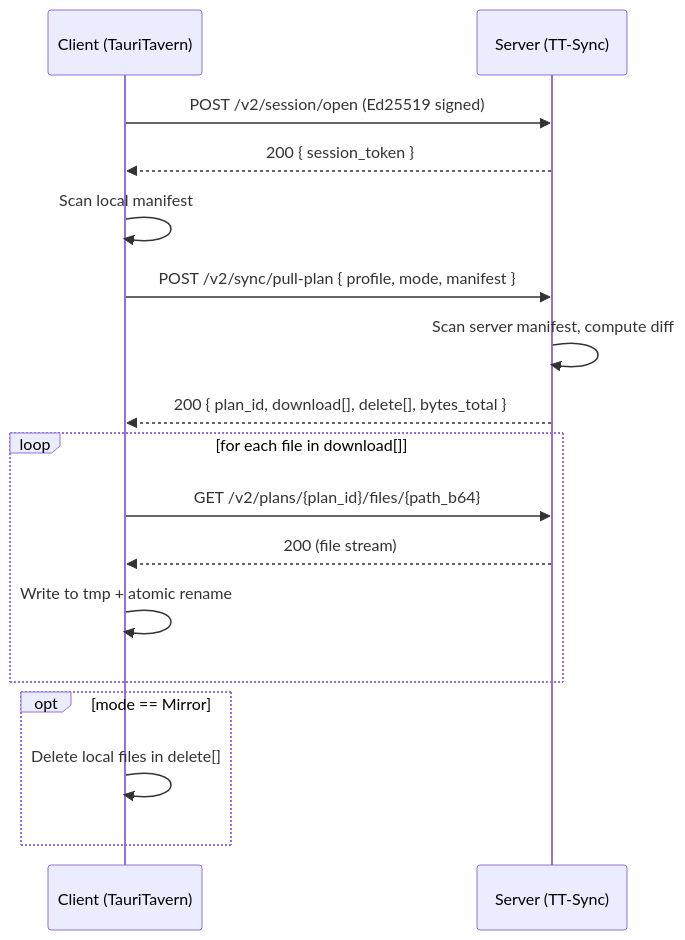
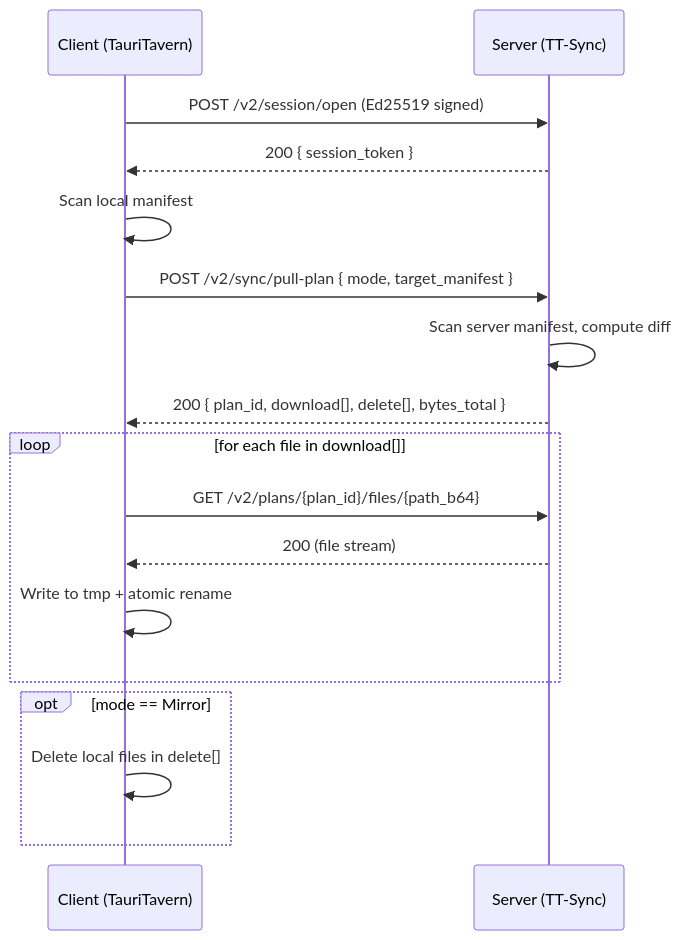
The third of 4 diagrams in docs/Architecture.md (Darkatse/TT-Sync), drawn with Mermaid before and after one commit. The commit also changed other lines of this file and 32 other files, not shown here.

````diff
--- a/docs/Architecture.md
+++ b/docs/Architecture.md
@@ -260,23 +258,23 @@
 ```mermaid
 sequenceDiagram
     participant C as Client (TauriTavern)
     participant S as Server (TT-Sync)
 
     C->>S: POST /v2/session/open (Ed25519 signed)
     S-->>C: 200 { session_token }
 
     C->>C: Scan local manifest
-    C->>S: POST /v2/sync/pull-plan { profile, mode, manifest }
+    C->>S: POST /v2/sync/pull-plan { mode, target_manifest }
     S->>S: Scan server manifest, compute diff
     S-->>C: 200 { plan_id, download[], delete[], bytes_total }
 
     loop for each file in download[]
         C->>S: GET /v2/plans/{plan_id}/files/{path_b64}
         S-->>C: 200 (file stream)
         C->>C: Write to tmp + atomic rename
     end
 
     opt mode == Mirror
         C->>C: Delete local files in delete[]
     end
 ```
````
